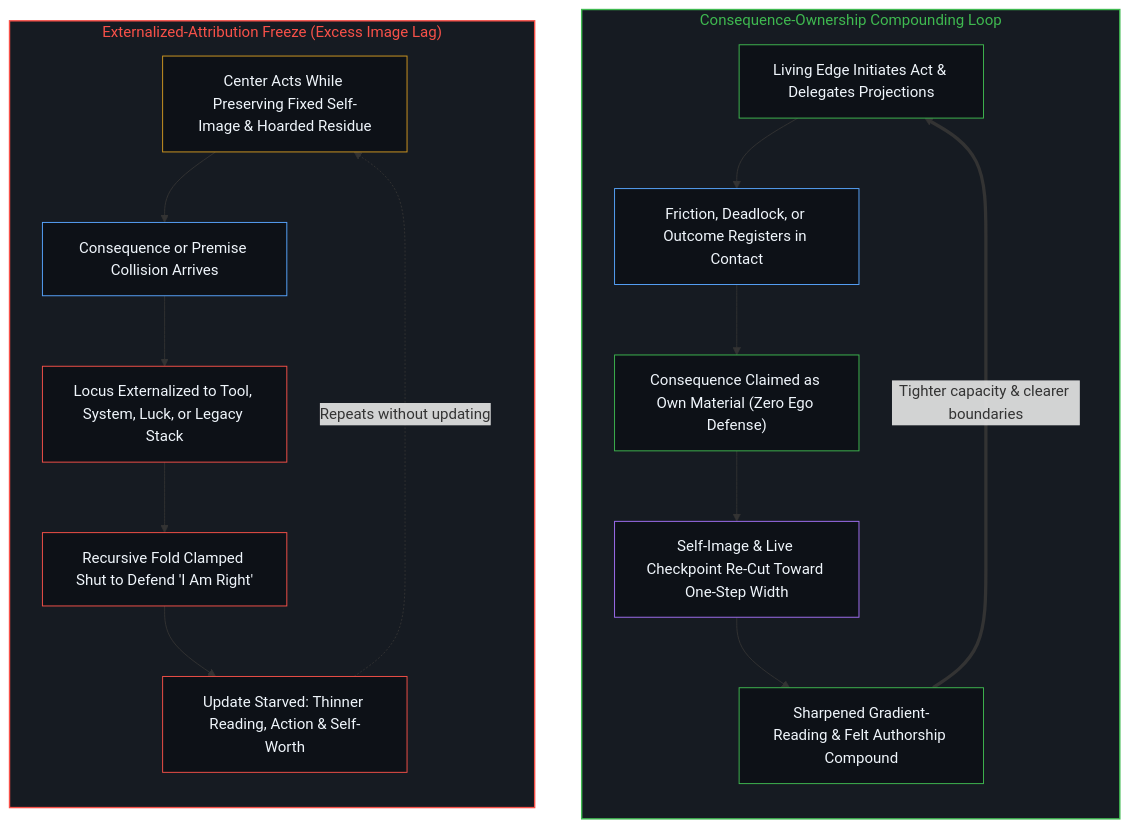
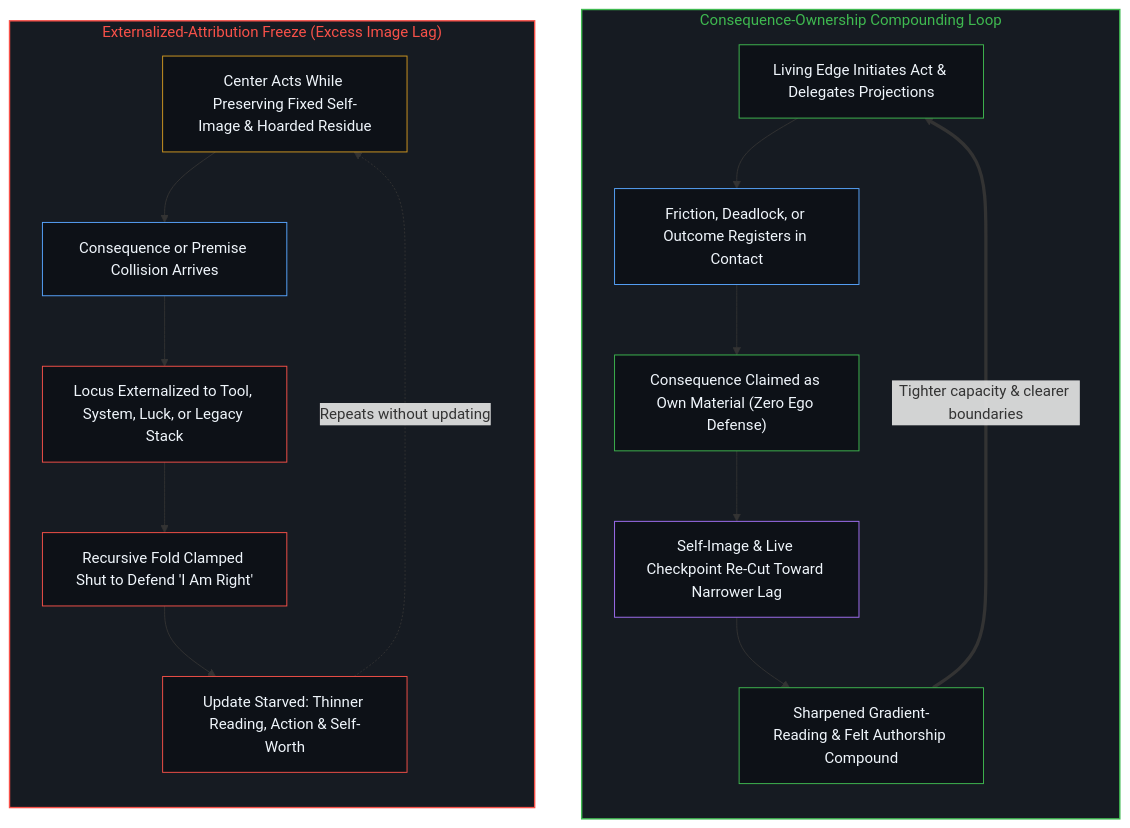
Before and after one commit to powerpig99/not-a-toe: the second of 2 diagrams in content/posts/ownership-and-self-worthiness.md, drawn with Mermaid. The commit also changed other lines of this file and 6 other files, not shown here.

````diff
--- a/content/posts/ownership-and-self-worthiness.md
+++ b/content/posts/ownership-and-self-worthiness.md
@@ -85,37 +83,35 @@
 ```mermaid
 flowchart TD
     subgraph S_Compound["Consequence-Ownership Compounding Loop"]
         direction TB
         Act["Living Edge Initiates Act & Delegates Projections"]
         Signal["Friction, Deadlock, or Outcome Registers in Contact"]
         Claim["Consequence Claimed as Own Material (Zero Ego Defense)"]
-        Render["Self-Image & Live Checkpoint Re-Cut Toward One-Step Width"]
+        Render["Self-Image & Live Checkpoint Re-Cut Toward Narrower Lag"]
         Scale["Sharpened Gradient-Reading & Felt Authorship Compound"]
         Act --> Signal --> Claim --> Render --> Scale
         Scale ==>|"Tighter capacity & clearer boundaries"| Act
     end
-
     subgraph S_Freeze["Externalized-Attribution Freeze (Excess Image Lag)"]
         direction TB
         F_Act["Center Acts While Preserving Fixed Self-Image & Hoarded Residue"]
         F_Signal["Consequence or Premise Collision Arrives"]
         F_Blame["Locus Externalized to Tool, System, Luck, or Legacy Stack"]
         F_Clamp["Recursive Fold Clamped Shut to Defend 'I Am Right'"]
         F_Drift["Update Starved: Thinner Reading, Action & Self-Worth"]
         F_Act --> F_Signal --> F_Blame --> F_Clamp --> F_Drift
         F_Drift -.->|"Repeats without updating"| F_Act
     end
-
     style S_Compound fill:#161b22,stroke:#3fb950,stroke-width:1.5px,color:#3fb950
     style S_Freeze fill:#161b22,stroke:#f85149,stroke-width:1.5px,color:#f85149
     style Act fill:#0d1117,stroke:#3fb950,stroke-width:1px,color:#f0f6fc
     style Signal fill:#0d1117,stroke:#58a6ff,stroke-width:1px,color:#f0f6fc
     style Claim fill:#0d1117,stroke:#3fb950,stroke-width:1px,color:#f0f6fc
     style Render fill:#0d1117,stroke:#a371f7,stroke-width:1px,color:#f0f6fc
     style Scale fill:#0d1117,stroke:#3fb950,stroke-width:1px,color:#f0f6fc
     style F_Act fill:#0d1117,stroke:#d29922,stroke-width:1px,color:#f0f6fc
     style F_Signal fill:#0d1117,stroke:#58a6ff,stroke-width:1px,color:#f0f6fc
     style F_Blame fill:#0d1117,stroke:#f85149,stroke-width:1px,color:#f0f6fc
     style F_Clamp fill:#0d1117,stroke:#f85149,stroke-width:1px,color:#f0f6fc
     style F_Drift fill:#0d1117,stroke:#f85149,stroke-width:1px,color:#f0f6fc
 ```
````
